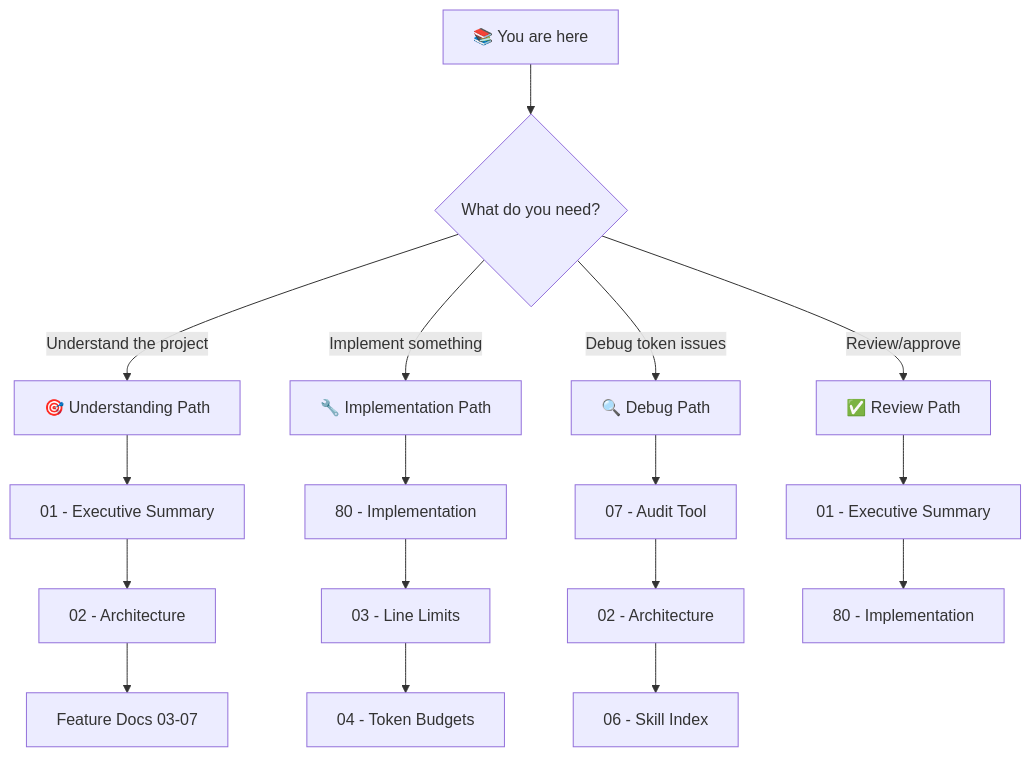
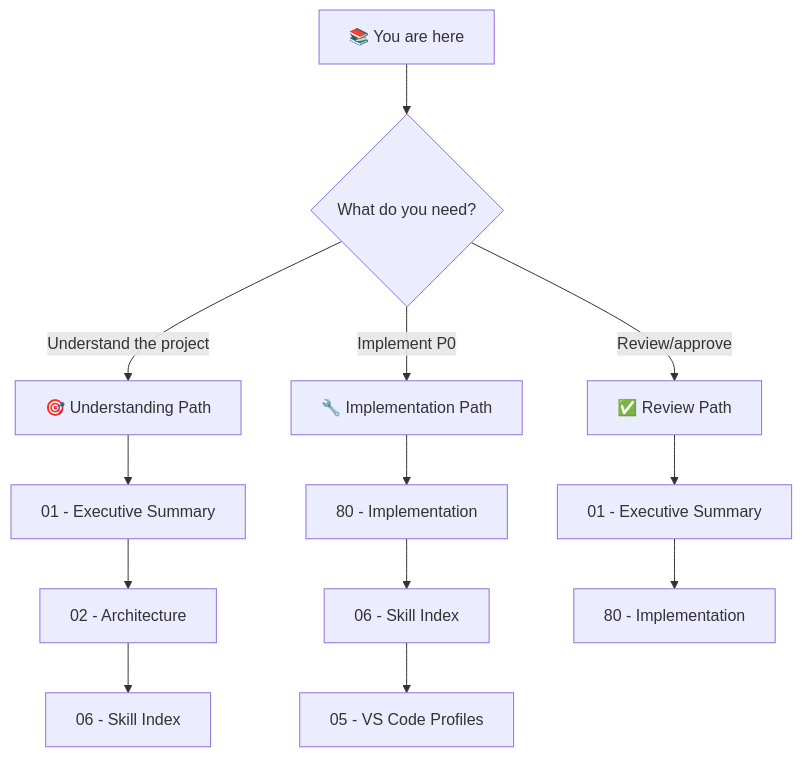
One commit to AI-Driven-Highspeed-Development/adhd_framework_v3 changed the first of 2 diagrams in .agent_plan/day_dream/blueprint/instruction_optimization/00_index.md. Above: the diagram before and after it, drawn with Mermaid. The commit also changed other lines of this file and 35 other files, not shown here.

````diff
--- a/.agent_plan/day_dream/blueprint/instruction_optimization/00_index.md
+++ b/.agent_plan/day_dream/blueprint/instruction_optimization/00_index.md
@@ -70,28 +70,22 @@
 ```mermaid
 flowchart TD
     START[📚 You are here] --> Q1{What do you need?}
     
     Q1 -->|"Understand the project"| PATH_UNDERSTAND
-    Q1 -->|"Implement something"| PATH_IMPL
-    Q1 -->|"Debug token issues"| PATH_DEBUG
+    Q1 -->|"Implement P0"| PATH_IMPL
     Q1 -->|"Review/approve"| PATH_REVIEW
     
     PATH_UNDERSTAND[🎯 Understanding Path]
     PATH_UNDERSTAND --> ES[01 - Executive Summary]
     ES --> ARCH[02 - Architecture]
-    ARCH --> FEAT[Feature Docs 03-07]
+    ARCH --> F06[06 - Skill Index]
     
     PATH_IMPL[🔧 Implementation Path]
     PATH_IMPL --> IMPL[80 - Implementation]
-    IMPL --> F1[03 - Line Limits]
-    F1 --> F2[04 - Token Budgets]
-    
-    PATH_DEBUG[🔍 Debug Path]
-    PATH_DEBUG --> F5[07 - Audit Tool]
-    F5 --> ARCH2[02 - Architecture]
-    ARCH2 --> F3[06 - Skill Index]
+    IMPL --> F06B[06 - Skill Index]
+    F06B --> F05[05 - VS Code Profiles]
     
     PATH_REVIEW[✅ Review Path]
     PATH_REVIEW --> ES2[01 - Executive Summary]
     ES2 --> IMPL2[80 - Implementation]
 ```
````
